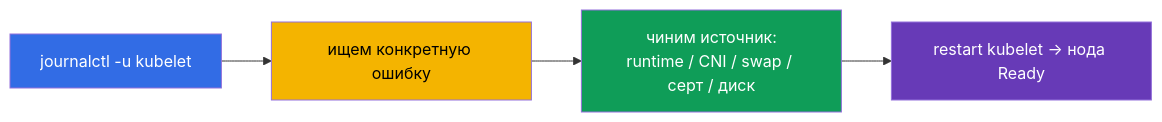
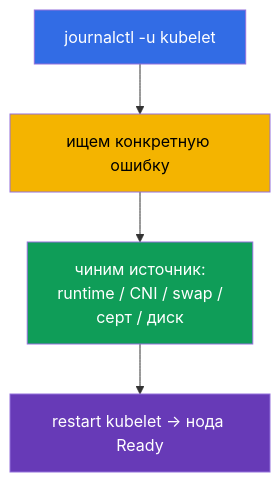
One commit to ViktorUJ/cks changed the fifth of 6 diagrams in tasks/cka/course/45/ru.md. Above: the diagram before and after it, drawn with Mermaid. The commit also changed other lines of this file and 30 other files, not shown here.

````diff
--- a/tasks/cka/course/45/ru.md
+++ b/tasks/cka/course/45/ru.md
@@ -133,8 +133,10 @@
 ```mermaid
-flowchart LR
-    log["journalctl -u kubelet"] --> find["ищем конкретную ошибку"] --> fix["чиним источник:<br>runtime / CNI / swap / серт / диск"] --> restart["restart kubelet → нода Ready"]
+flowchart TB
+    log["journalctl -u kubelet"] --> find["ищем конкретную ошибку"]
+    find --> fix["чиним источник:<br>runtime / CNI / swap /<br>серт / диск"]
+    fix --> restart["restart kubelet → нода Ready"]
     style log fill:#326ce5,color:#fff
     style find fill:#f4b400,color:#000
     style fix fill:#0f9d58,color:#fff
     style restart fill:#673ab7,color:#fff
 ```
````
